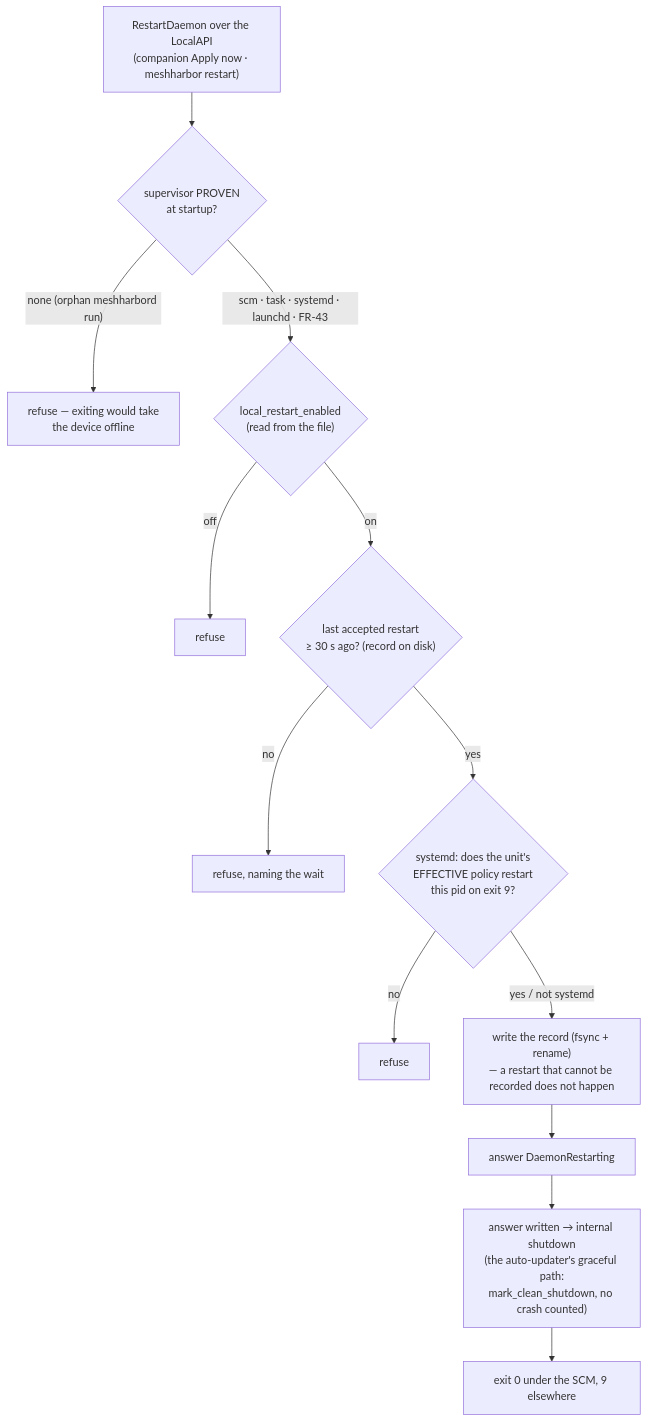
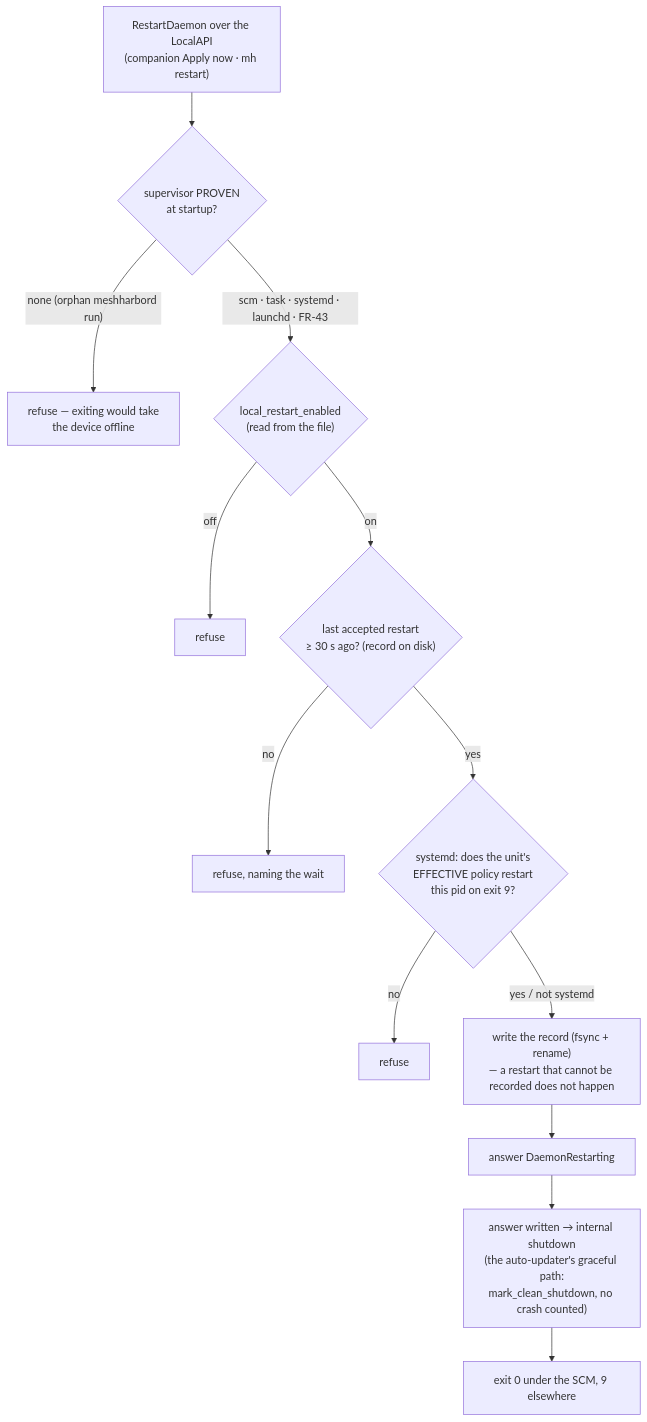
The diagram in docs/remote-config.md (jk-zhang-meta/MeshHarbor), drawn with Mermaid before and after one commit. The commit also changed other lines of this file and 323 other files, not shown here.

````diff
--- a/docs/remote-config.md
+++ b/docs/remote-config.md
@@ -314,15 +314,15 @@
 ```mermaid
 flowchart TD
-    Ask["RestartDaemon over the LocalAPI<br/>(companion Apply now · meshharbor restart)"] --> Sup{"supervisor PROVEN<br/>at startup?"}
+    Ask["RestartDaemon over the LocalAPI<br/>(companion Apply now · mh restart)"] --> Sup{"supervisor PROVEN<br/>at startup?"}
     Sup -- "none (orphan meshharbord run)" --> R1["refuse — exiting would take<br/>the device offline"]
     Sup -- "scm · task · systemd · launchd · FR-43" --> On{"local_restart_enabled<br/>(read from the file)"}
     On -- off --> R2[refuse]
     On -- on --> Rate{"last accepted restart<br/>≥ 30 s ago? (record on disk)"}
     Rate -- no --> R3["refuse, naming the wait"]
     Rate -- yes --> Sd{"systemd: does the unit's<br/>EFFECTIVE policy restart<br/>this pid on exit 9?"}
     Sd -- no --> R4[refuse]
     Sd -- "yes / not systemd" --> Rec["write the record (fsync + rename)<br/>— a restart that cannot be recorded does not happen"]
     Rec --> Ans["answer DaemonRestarting"]
     Ans --> Commit["answer written → internal shutdown<br/>(the auto-updater's graceful path:<br/>mark_clean_shutdown, no crash counted)"]
     Commit --> Exit["exit 0 under the SCM, 9 elsewhere"]
 ```
````
